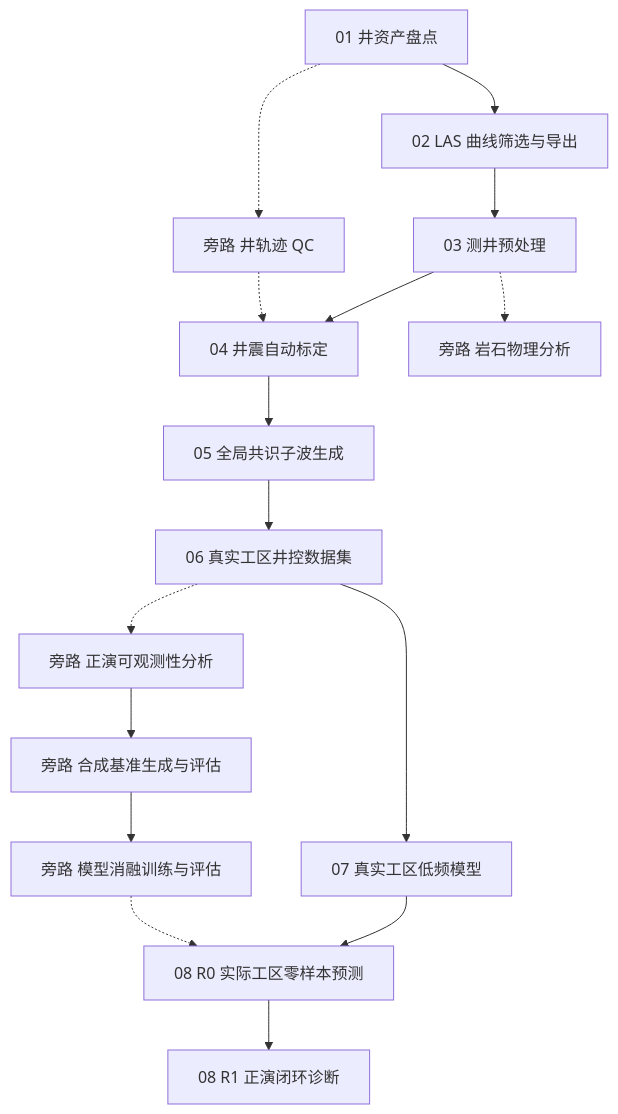
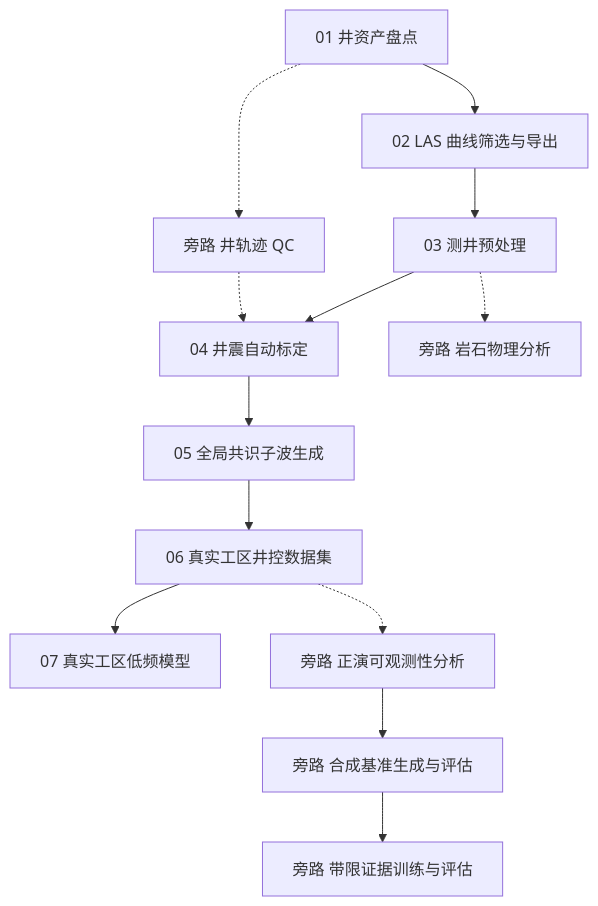
The diagram in docs/index.md (oimero/inversion_workflow), drawn with Mermaid before and after one commit. The commit also changed other lines of this file and 28 other files, not shown here.

````diff
--- a/docs/index.md
+++ b/docs/index.md
@@ -3,14 +3,13 @@
 ```mermaid
 flowchart TB
-    S1["01 井资产盘点"] --> S2["02 LAS 曲线筛选与导出"] --> S3["03 测井预处理"] --> S4["04 井震自动标定"] --> S5["05 全局共识子波生成"] --> S6["06 真实工区井控数据集"] --> S7["07 真实工区低频模型"] --> R0["08 R0 实际工区零样本预测"] --> R1["08 R1 正演闭环诊断"]
+    S1["01 井资产盘点"] --> S2["02 LAS 曲线筛选与导出"] --> S3["03 测井预处理"] --> S4["04 井震自动标定"] --> S5["05 全局共识子波生成"] --> S6["06 真实工区井控数据集"] --> S7["07 真实工区低频模型"]
 
     WT["旁路 井轨迹 QC"]
     S1 -.-> WT -.-> S4
 
     RP["旁路 岩石物理分析"]
     S3 -.-> RP
 
-    FO["旁路 正演可观测性分析"] --> SL["旁路 合成基准生成与评估"] --> GV["旁路 模型消融训练与评估"]
+    FO["旁路 正演可观测性分析"] --> SL["旁路 合成基准生成与评估"] --> EV["旁路 带限证据训练与评估"]
     S6 -.-> FO
-    GV -.-> R0
 ```
````
